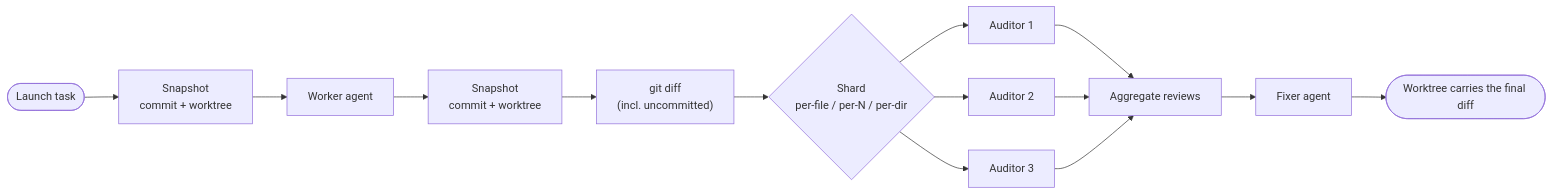
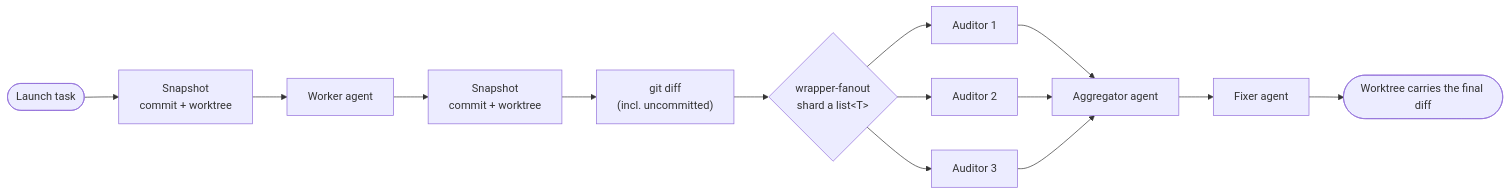
Before and after one commit to 1589701052p-alt/agent-workflow: the second of 2 diagrams in README.md, drawn with Mermaid. The commit also changed other lines of this file, not shown here.

````diff
--- a/README.md
+++ b/README.md
@@ -37,16 +48,16 @@
 ```mermaid
 flowchart LR
   Launch([Launch task]) --> S1["Snapshot<br/>commit + worktree"]
   S1 --> Worker[Worker agent]
   Worker --> S2["Snapshot<br/>commit + worktree"]
   S2 --> Diff["git diff<br/>(incl. uncommitted)"]
-  Diff --> Shard{"Shard<br/>per-file / per-N / per-dir"}
+  Diff --> Shard{"wrapper-fanout<br/>shard a list&lt;T&gt;"}
   Shard --> A1[Auditor 1]
   Shard --> A2[Auditor 2]
   Shard --> A3[Auditor 3]
-  A1 --> Agg[Aggregate reviews]
+  A1 --> Agg[Aggregator agent]
   A2 --> Agg
   A3 --> Agg
   Agg --> Fixer[Fixer agent]
   Fixer --> Done([Worktree carries the final diff])
 ```
````
